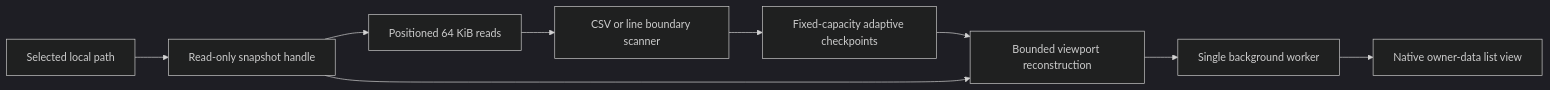
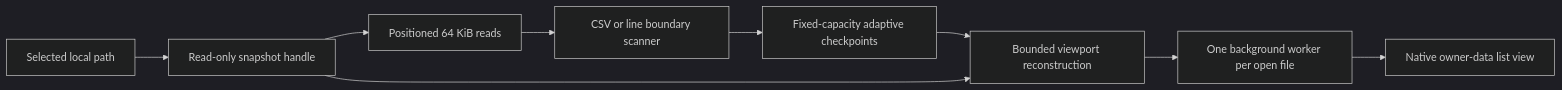
The diagram in docs/ARCHITECTURE.md (abooodbah/leanrows), drawn with Mermaid (dark theme) before and after one commit. The commit also changed other lines of this file and 3 other files, not shown here.

````diff
--- a/docs/ARCHITECTURE.md
+++ b/docs/ARCHITECTURE.md
@@ -13,15 +13,15 @@
 ```mermaid
 flowchart LR
     Path["Selected local path"]
     Handle["Read-only snapshot handle"]
     Reader["Positioned 64 KiB reads"]
     Scanner["CSV or line boundary scanner"]
     Index["Fixed-capacity adaptive checkpoints"]
     View["Bounded viewport reconstruction"]
-    Worker["Single background worker"]
+    Worker["One background worker per open file"]
     UI["Native owner-data list view"]
 
     Path --> Handle --> Reader --> Scanner --> Index
     Index --> View --> Worker --> UI
     Handle --> View
 ```
````
